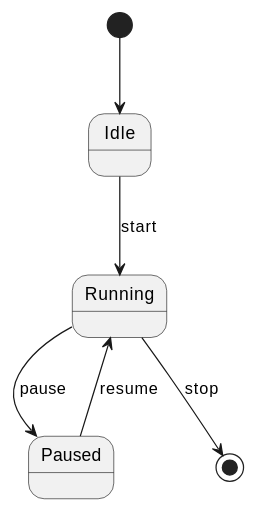
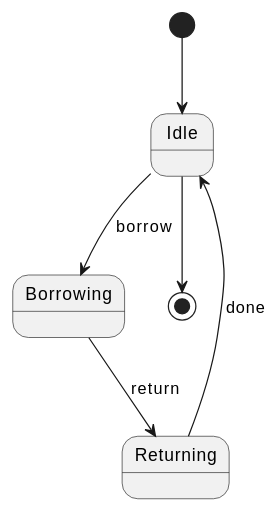
The second of 4 diagrams in README.md (Betty-178/plantuml-to-mdj), drawn with PlantUML before and after one commit. The commit also changed other lines of this file and 3 other files, not shown here.

Commit message:
feat: add sequence diagram support

````diff
--- a/README.md
+++ b/README.md
@@ -124,13 +93,9 @@
 ```plantuml
-@startuml
-
+@startuml state_sample
 [*] --> Idle
-
-Idle --> Running : start
-Running --> Paused : pause
-Paused --> Running : resume
-
-Running --> [*] : stop
-
+Idle --> Borrowing : borrow
+Borrowing --> Returning : return
+Returning --> Idle : done
+Idle --> [*]
 @enduml
 ```
````
